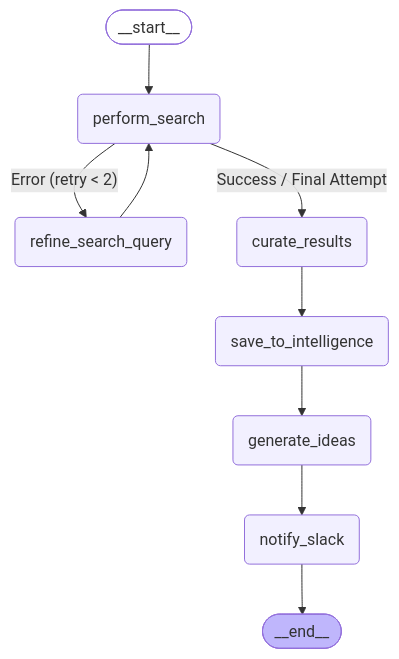
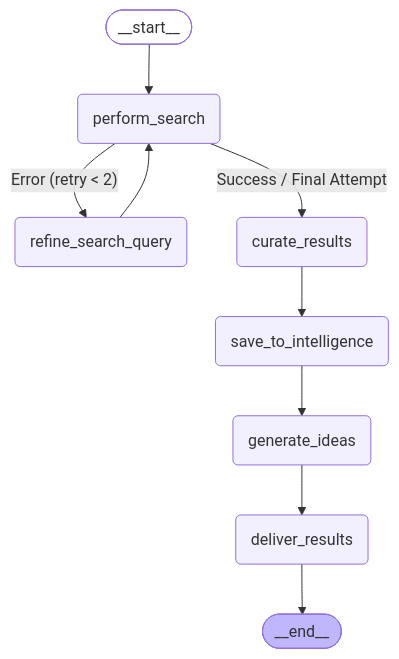
Before and after one commit to AI-Passione/famiglia-core: the first of 9 diagrams in src/famiglia_core/agents/orchestration/features/README.md, drawn with Mermaid. The commit also changed other lines of this file and 1 other file, not shown here.

Commit message:
feat: update market research workflow to deliver results to Directive Terminal and optional Slack notification

````diff
--- a/src/famiglia_core/agents/orchestration/features/README.md
+++ b/src/famiglia_core/agents/orchestration/features/README.md
@@ -34,24 +34,24 @@
 ```mermaid
 graph TD;
     __start__([__start__]):::first
     perform_search(perform_search)
     refine_search_query(refine_search_query)
     curate_results(curate_results)
     save_to_intelligence(save_to_intelligence)
     generate_ideas(generate_ideas)
-    notify_slack(notify_slack)
+    deliver_results(deliver_results)
     __end__([__end__]):::last
 
     __start__ --> perform_search;
     perform_search -- "Error (retry < 2)" --> refine_search_query;
     refine_search_query --> perform_search;
     perform_search -- "Success / Final Attempt" --> curate_results;
     curate_results --> save_to_intelligence;
     save_to_intelligence --> generate_ideas;
-    generate_ideas --> notify_slack;
-    notify_slack --> __end__;
+    generate_ideas --> deliver_results;
+    deliver_results --> __end__;
 
     classDef default fill:#f2f0ff,line-height:1.2
     classDef first fill-opacity:0
     classDef last fill:#bfb6fc
 ```
````
